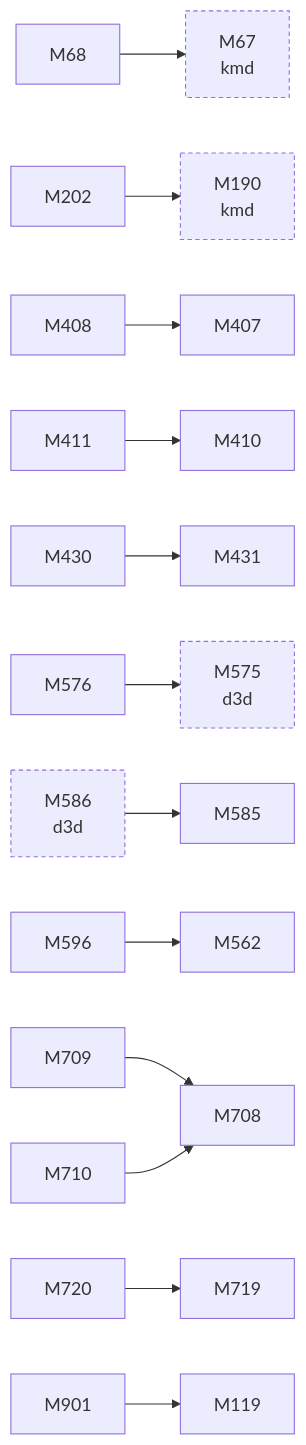
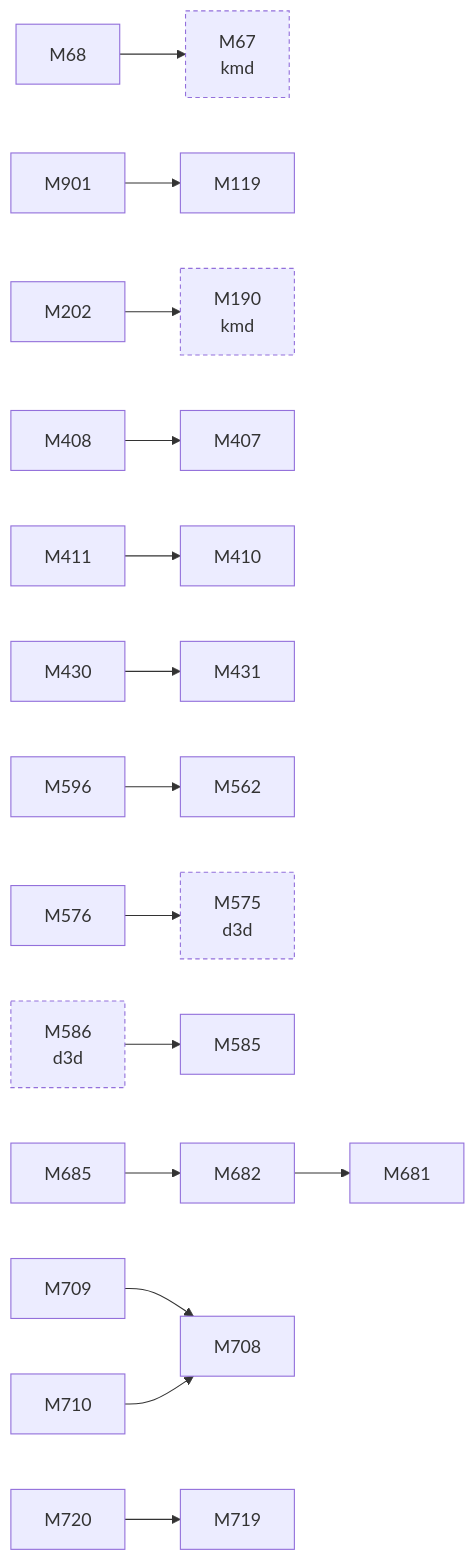
Before and after one commit to D-Ogi/amdgpu-wddm: the third of 3 diagrams in docs/facts/graphs/display.md, drawn with Mermaid. The commit also changed 37 other files, not shown here.

````diff
--- a/docs/facts/graphs/display.md
+++ b/docs/facts/graphs/display.md
@@ -169,40 +168,45 @@
 ```mermaid
 flowchart LR
   M67["M67<br/>kmd"]
   M68["M68"]
   M119["M119"]
   M190["M190<br/>kmd"]
   M202["M202"]
   M407["M407"]
   M408["M408"]
   M410["M410"]
   M411["M411"]
   M430["M430"]
   M431["M431"]
   M562["M562"]
   M575["M575<br/>d3d"]
   M576["M576"]
   M585["M585"]
   M586["M586<br/>d3d"]
   M596["M596"]
+  M681["M681"]
+  M682["M682"]
+  M685["M685"]
   M708["M708"]
   M709["M709"]
   M710["M710"]
   M719["M719"]
   M720["M720"]
   M901["M901"]
   M68 --> M67
   M202 --> M190
   M408 --> M407
   M411 --> M410
   M430 --> M431
   M576 --> M575
   M596 --> M562
+  M682 --> M681
+  M685 --> M682
   M709 --> M708
   M710 --> M708
   M720 --> M719
   M901 --> M119
   M586 --> M585
   classDef other stroke-dasharray:4 3
   class M67,M190,M575,M586 other
 ```
````
